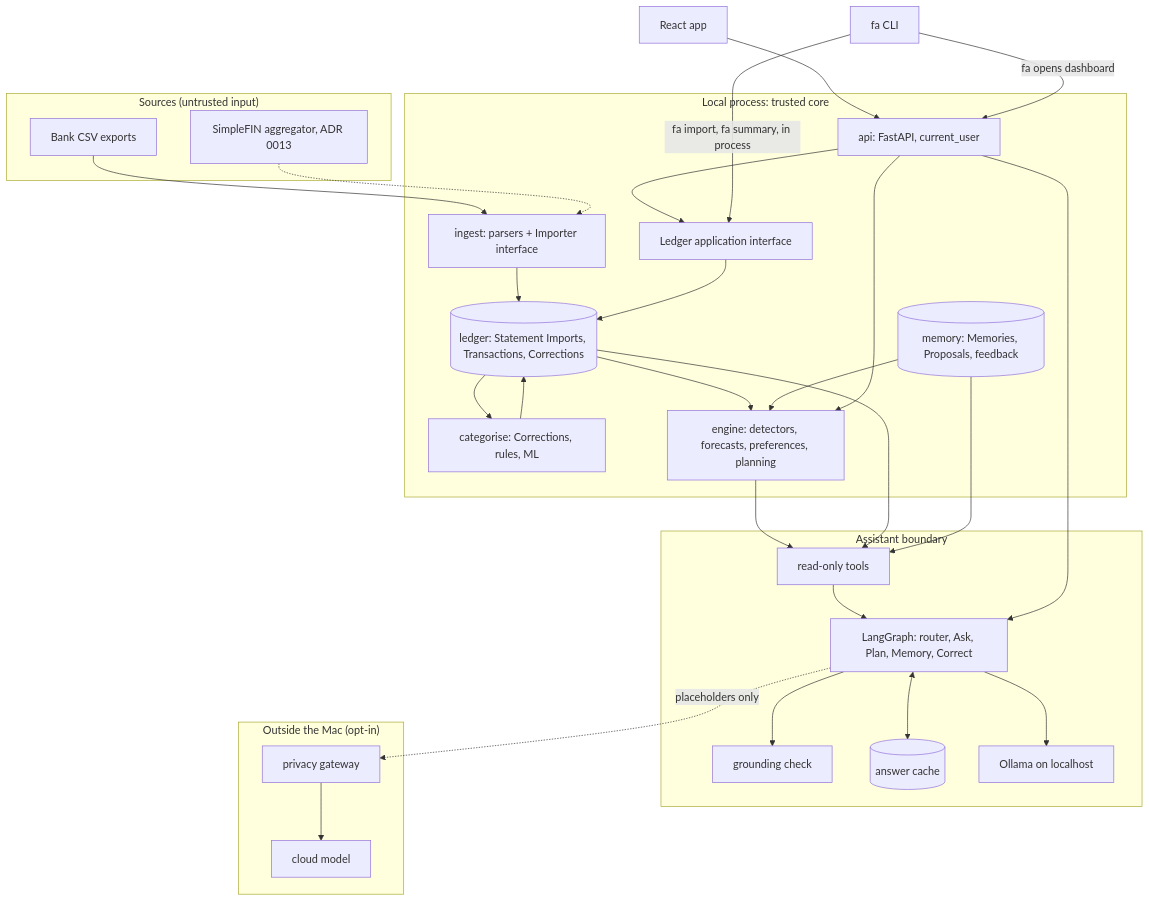
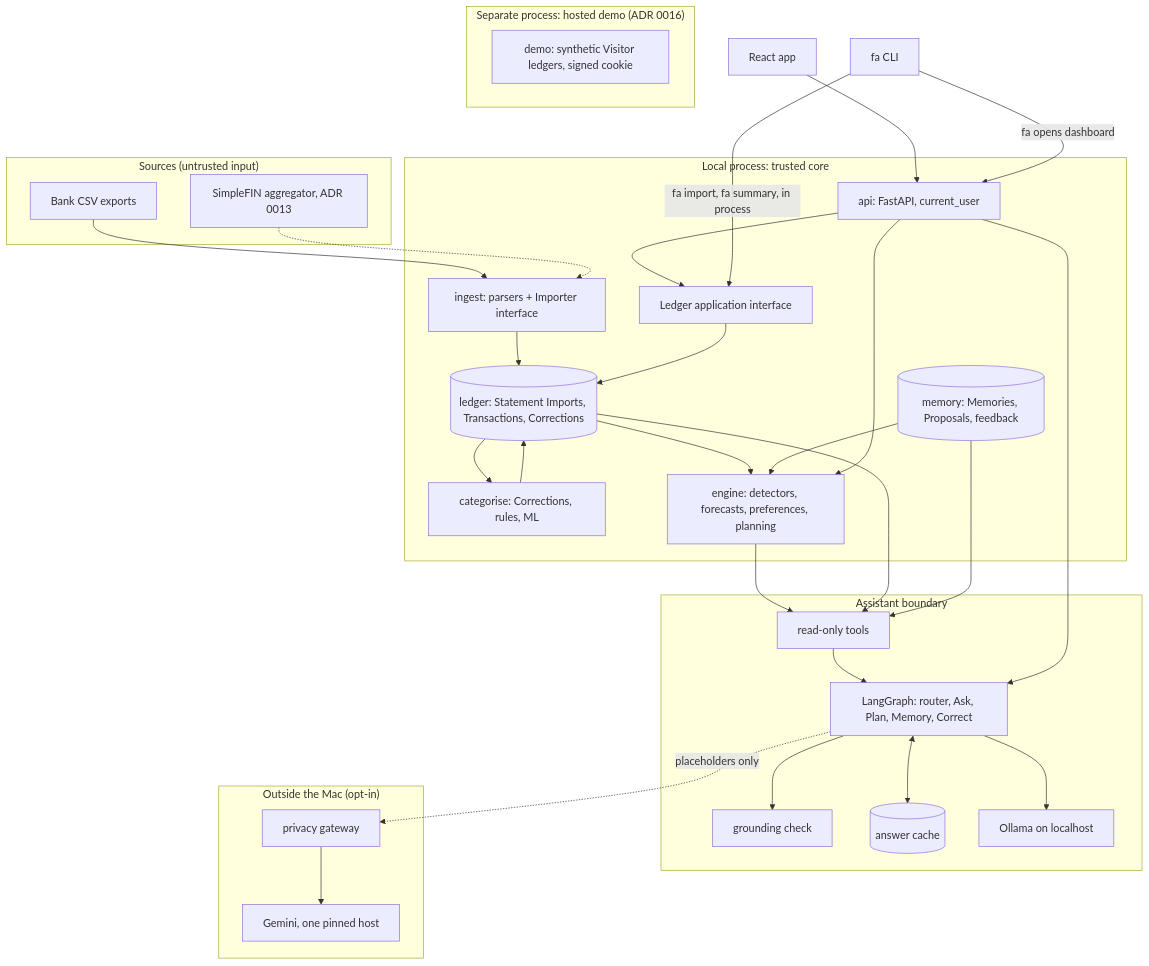
The diagram in docs/ARCHITECTURE.md (esharif20/finance-agent), drawn with Mermaid before and after one commit. The commit also changed other lines of this file and 4 other files, not shown here.

First line of the commit message:
ADR 0016: hosted demo and cloud egress; threat model, data policy, architecture, glossary

````diff
--- a/docs/ARCHITECTURE.md
+++ b/docs/ARCHITECTURE.md
@@ -14,52 +14,56 @@
 ```mermaid
 flowchart TB
   subgraph Sources["Sources (untrusted input)"]
     CSV[Bank CSV exports]
     OB[SimpleFIN aggregator, ADR 0013]
   end
 
   subgraph Core["Local process: trusted core"]
     ING[ingest: parsers + Importer interface]
     LED[(ledger: Statement Imports, Transactions, Corrections)]
     LI[Ledger application interface]
     CAT[categorise: Corrections, rules, ML]
     ENG[engine: detectors, forecasts, preferences, planning]
     MEM[(memory: Memories, Proposals, feedback)]
     API[api: FastAPI, current_user]
   end
 
   subgraph AI["Assistant boundary"]
     G[LangGraph: router, Ask, Plan, Memory, Correct]
     T[read-only tools]
     GC[grounding check]
     C[(answer cache)]
     OL[Ollama on localhost]
   end
 
+  subgraph Demo["Separate process: hosted demo (ADR 0016)"]
+    DEMO[demo: synthetic Visitor ledgers, signed cookie]
+  end
+
   subgraph Cloud["Outside the Mac (opt-in)"]
     GW[privacy gateway]
-    LLM[cloud model]
+    LLM[Gemini, one pinned host]
   end
 
   CSV --> ING
   OB -.-> ING
   ING --> LED
   LED --> CAT --> LED
   LED --> ENG
   MEM --> ENG
   ENG --> T
   LED --> T
   MEM --> T
   T --> G
   G --> OL
   G --> GC
   G <--> C
   G -.placeholders only.-> GW --> LLM
   LI --> LED
   API --> LI
   API --> ENG
   API --> G
   WEB[React app] --> API
   CLI[fa CLI] -->|fa import, fa summary, in process| LI
   CLI -->|fa opens dashboard| API
 ```
````
